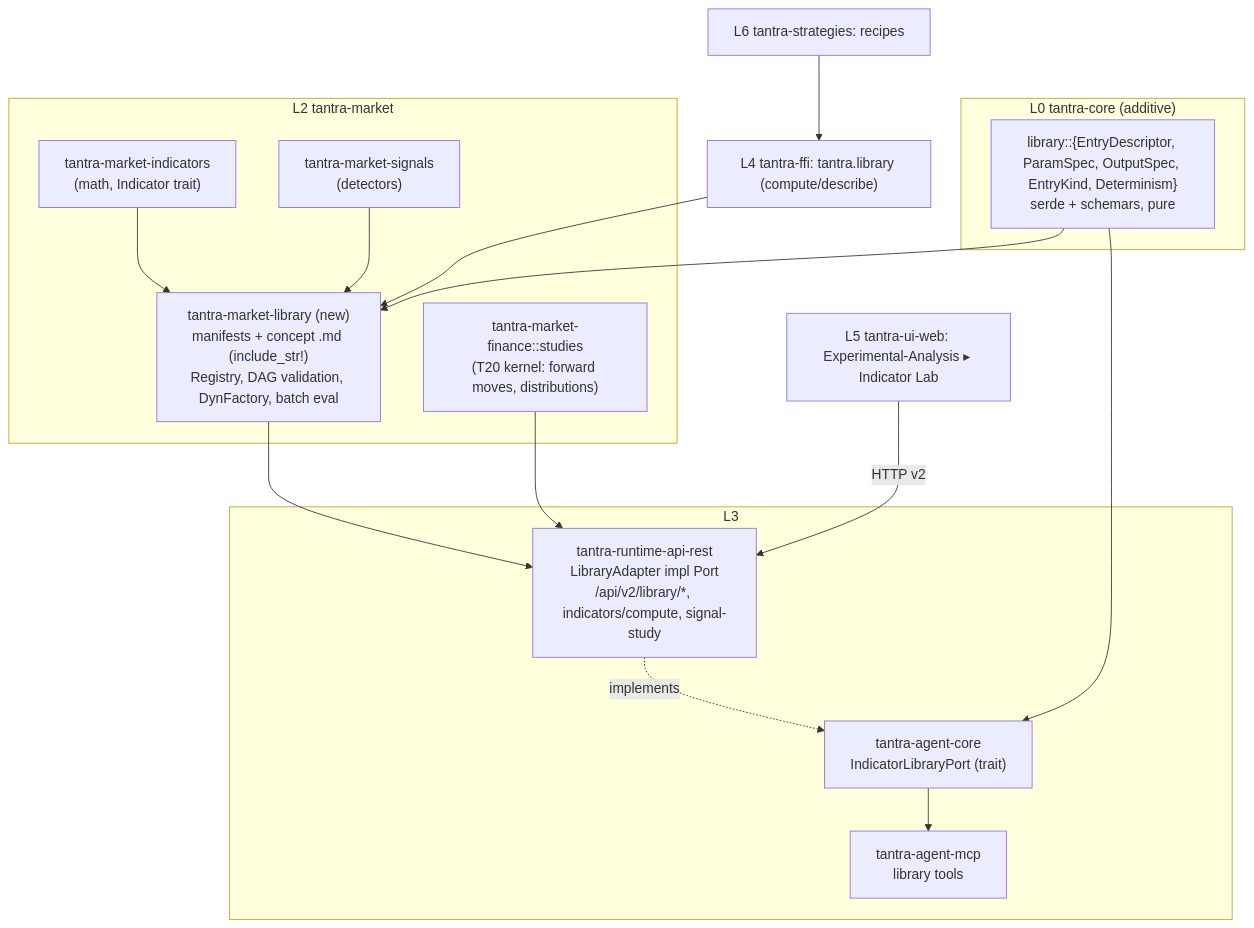
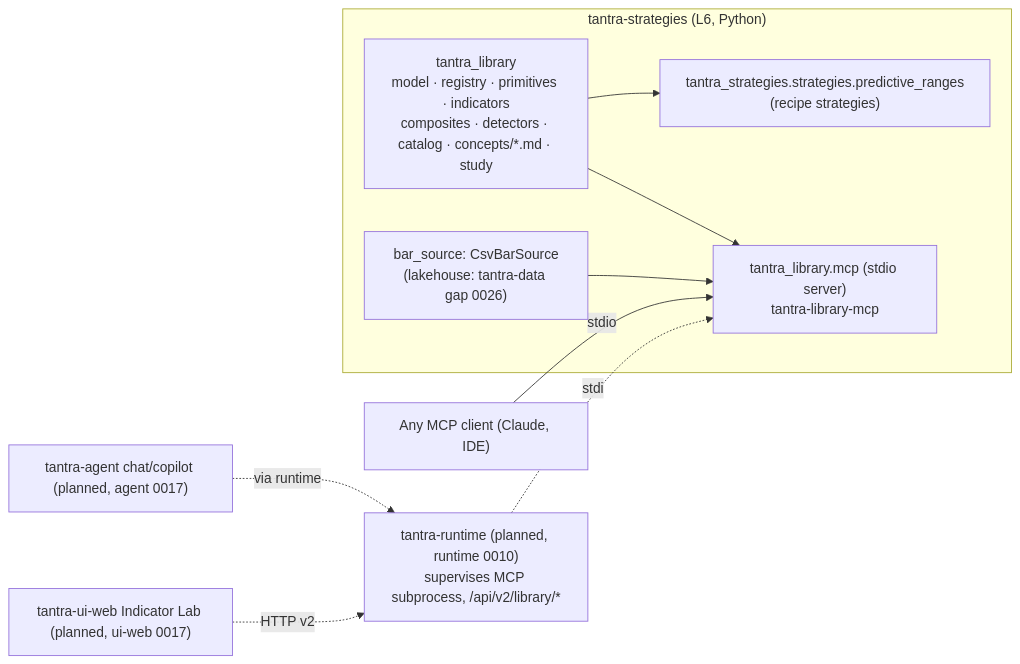
Before and after one commit to tantra-labs/tantra-labs: the diagram in docs/plans/0016-concept-indicator-library-for-agents.md, drawn with Mermaid. The commit also changed other lines of this file and 1 other file, not shown here.

Commit message:
docs(plans): rewrite plan 0016 — T22 library implemented in tantra-strategies (tantra_library + MCP server); Rust/TS wiring planned

````diff
--- a/docs/plans/0016-concept-indicator-library-for-agents.md
+++ b/docs/plans/0016-concept-indicator-library-for-agents.md
@@ -165,28 +76,16 @@
 ```mermaid
-flowchart TB
-  subgraph L0["L0 tantra-core (additive)"]
-    D["library::{EntryDescriptor, ParamSpec, OutputSpec, EntryKind, Determinism}<br/>serde + schemars, pure"]
+flowchart LR
+  subgraph L6["tantra-strategies (L6, Python)"]
+    LIB["tantra_library<br/>model · registry · primitives · indicators<br/>composites · detectors · catalog · concepts/*.md · study"]
+    REC["tantra_strategies.strategies.predictive_ranges<br/>(recipe strategies)"]
+    MCP["tantra_library.mcp (stdio server)<br/>tantra-library-mcp"]
+    SRC["bar_source: CsvBarSource<br/>(lakehouse: tantra-data gap 0026)"]
+    LIB --> REC
+    LIB --> MCP
+    SRC --> MCP
   end
-  subgraph L2["L2 tantra-market"]
-    I["tantra-market-indicators<br/>(math, Indicator trait)"]
-    S["tantra-market-signals<br/>(detectors)"]
-    L["tantra-market-library (new)<br/>manifests + concept .md (include_str!)<br/>Registry, DAG validation, DynFactory, batch eval"]
-    I --> L
-    S --> L
-    F["tantra-market-finance::studies<br/>(T20 kernel: forward moves, distributions)"]
-  end
-  subgraph L3["L3"]
-    P["tantra-agent-core<br/>IndicatorLibraryPort (trait)"]
-    M["tantra-agent-mcp<br/>library tools"]
-    P --> M
-    R["tantra-runtime-api-rest<br/>LibraryAdapter impl Port<br/>/api/v2/library/*, indicators/compute, signal-study"]
-    R -.implements.-> P
-    L --> R
-    F --> R
-  end
-  FFI["L4 tantra-ffi: tantra.library (compute/describe)"] --> L
-  UI["L5 tantra-ui-web: Experimental-Analysis ▸ Indicator Lab"] -->|HTTP v2| R
-  STR["L6 tantra-strategies: recipes"] --> FFI
-  D --> L
-  D --> P
+  CLIENT["Any MCP client (Claude, IDE)"] -->|stdio| MCP
+  RT["tantra-runtime (planned, runtime 0010)<br/>supervises MCP subprocess, /api/v2/library/*"] -.stdio.-> MCP
+  AG["tantra-agent chat/copilot (planned, agent 0017)"] -.via runtime.-> RT
+  UI["tantra-ui-web Indicator Lab (planned, ui-web 0017)"] -.HTTP v2.-> RT
 ```
````
